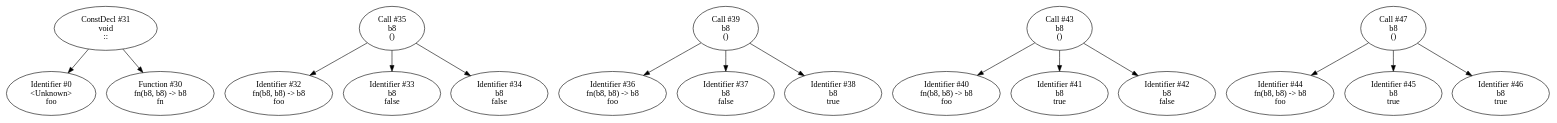
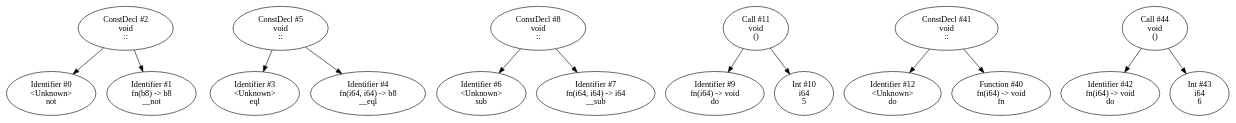
Before and after one commit to Nimaoth/OrbitLang: the diagram in examples/test.orb.gv, drawn with Graphviz. The commit also changed 8 other files, not shown here.

```diff
--- a/examples/test.orb.gv
+++ b/examples/test.orb.gv
@@ -1,16 +1,14 @@
 digraph Ast {
-    "ConstDecl #31\nvoid\n::" -> "Identifier #0\n<Unknown>\nfoo"
-    "ConstDecl #31\nvoid\n::" -> "Function #30\nfn(b8, b8) -> b8\nfn"
-    "Call #35\nb8\n()" -> "Identifier #32\nfn(b8, b8) -> b8\nfoo"
-    "Call #35\nb8\n()" -> "Identifier #33\nb8\nfalse"
-    "Call #35\nb8\n()" -> "Identifier #34\nb8\nfalse"
-    "Call #39\nb8\n()" -> "Identifier #36\nfn(b8, b8) -> b8\nfoo"
-    "Call #39\nb8\n()" -> "Identifier #37\nb8\nfalse"
-    "Call #39\nb8\n()" -> "Identifier #38\nb8\ntrue"
-    "Call #43\nb8\n()" -> "Identifier #40\nfn(b8, b8) -> b8\nfoo"
-    "Call #43\nb8\n()" -> "Identifier #41\nb8\ntrue"
-    "Call #43\nb8\n()" -> "Identifier #42\nb8\nfalse"
-    "Call #47\nb8\n()" -> "Identifier #44\nfn(b8, b8) -> b8\nfoo"
-    "Call #47\nb8\n()" -> "Identifier #45\nb8\ntrue"
-    "Call #47\nb8\n()" -> "Identifier #46\nb8\ntrue"
+    "ConstDecl #2\nvoid\n::" -> "Identifier #0\n<Unknown>\nnot"
+    "ConstDecl #2\nvoid\n::" -> "Identifier #1\nfn(b8) -> b8\n__not"
+    "ConstDecl #5\nvoid\n::" -> "Identifier #3\n<Unknown>\neql"
+    "ConstDecl #5\nvoid\n::" -> "Identifier #4\nfn(i64, i64) -> b8\n__eql"
+    "ConstDecl #8\nvoid\n::" -> "Identifier #6\n<Unknown>\nsub"
+    "ConstDecl #8\nvoid\n::" -> "Identifier #7\nfn(i64, i64) -> i64\n__sub"
+    "Call #11\nvoid\n()" -> "Identifier #9\nfn(i64) -> void\ndo"
+    "Call #11\nvoid\n()" -> "Int #10\ni64\n5"
+    "ConstDecl #41\nvoid\n::" -> "Identifier #12\n<Unknown>\ndo"
+    "ConstDecl #41\nvoid\n::" -> "Function #40\nfn(i64) -> void\nfn"
+    "Call #44\nvoid\n()" -> "Identifier #42\nfn(i64) -> void\ndo"
+    "Call #44\nvoid\n()" -> "Int #43\ni64\n6"
 }
```
